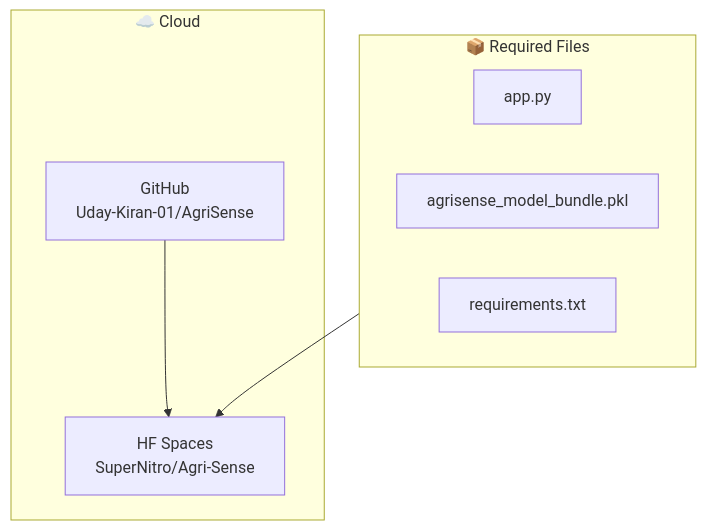
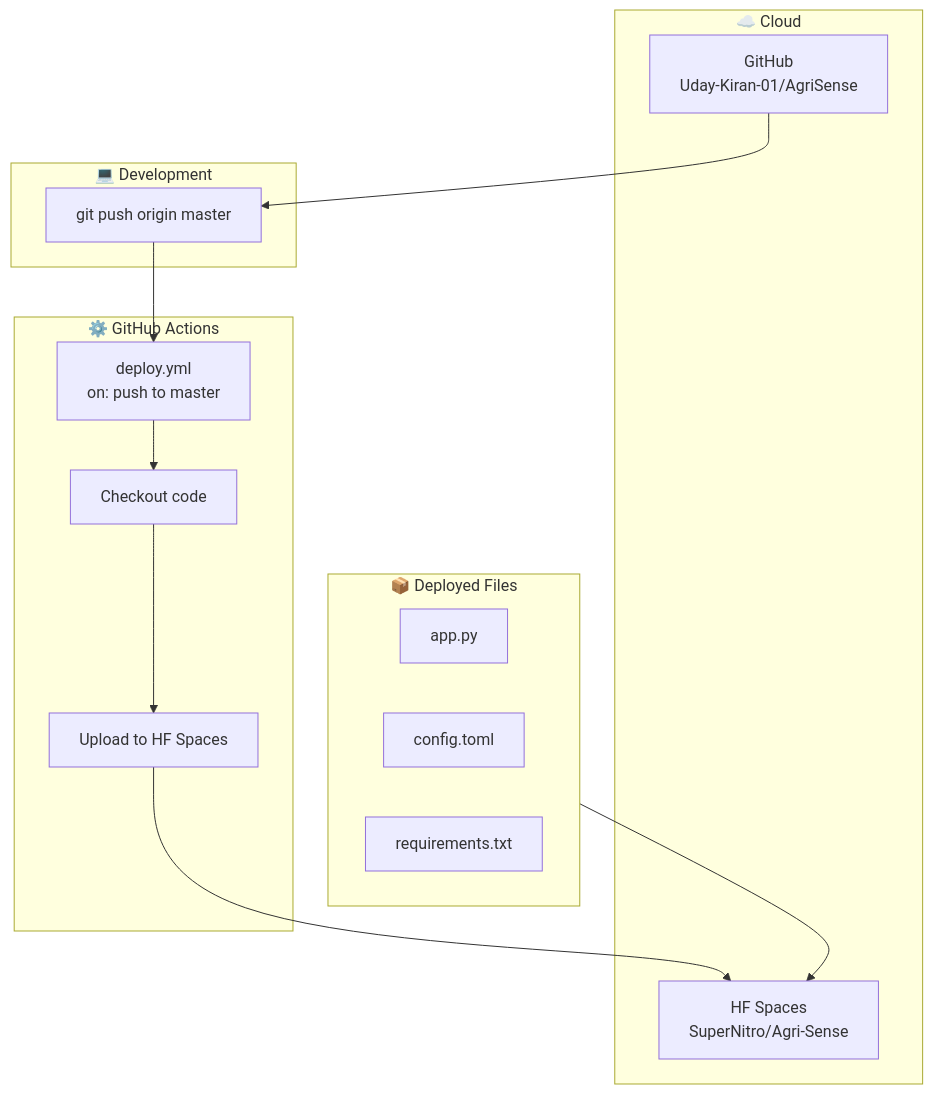
One commit to Uday-Kiran-01/AgriSense changed the fourth of 4 diagrams in docs/architecture.md. Above: the diagram before and after it, drawn with Mermaid. The commit also changed other lines of this file and 1 other file, not shown here.

Commit message:
Document CI/CD pipeline in architecture and technical writeup

````diff
--- a/docs/architecture.md
+++ b/docs/architecture.md
@@ -92,14 +92,24 @@
 ```mermaid
 flowchart TB
+    subgraph Dev["💻 Development"]
+        Code["git push origin master"]
+    end
+    subgraph CI["⚙️ GitHub Actions"]
+        Action["deploy.yml<br/>on: push to master"]
+        Checkout["Checkout code"]
+        Upload["Upload to HF Spaces"]
+    end
     subgraph Cloud["☁️ Cloud"]
         C1["HF Spaces<br/>SuperNitro/Agri-Sense"]
         C2["GitHub<br/>Uday-Kiran-01/AgriSense"]
     end
-    subgraph Files["📦 Required Files"]
+    subgraph Files["📦 Deployed Files"]
         F1["app.py"]
-        F2["agrisense_model_bundle.pkl"]
+        F2["config.toml"]
         F3["requirements.txt"]
     end
+    Code --> Action
+    Action --> Checkout --> Upload --> C1
+    C2 --> Code
     Files --> C1
-    C2 --> C1
 ```
````
